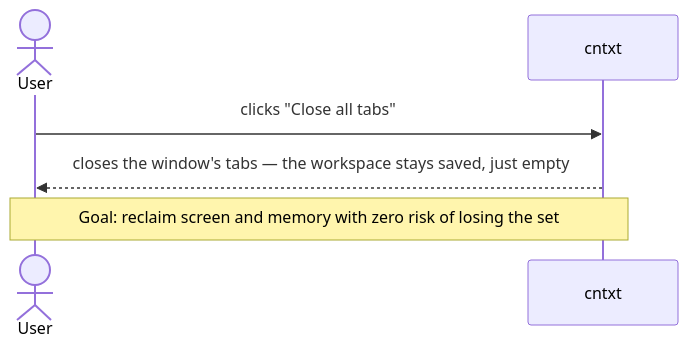
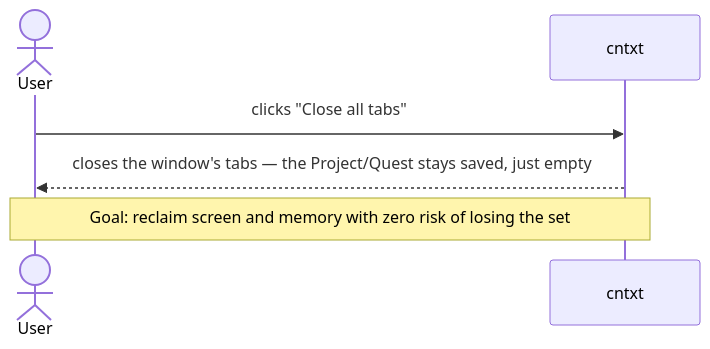
Before and after one commit to enyhma/cntxt: the eighth of 11 diagrams in docs/workflows.md, drawn with Mermaid. The commit also changed other lines of this file and 9 other files, not shown here.

````diff
--- a/docs/workflows.md
+++ b/docs/workflows.md
@@ -195,9 +204,9 @@
 ```mermaid
 sequenceDiagram
     actor User
     participant cntxt
 
     User->>cntxt: clicks "Close all tabs"
-    cntxt-->>User: closes the window's tabs — the workspace stays saved, just empty
+    cntxt-->>User: closes the window's tabs — the Project/Quest stays saved, just empty
     Note over User,cntxt: Goal: reclaim screen and memory with zero risk of losing the set
 ```
````
